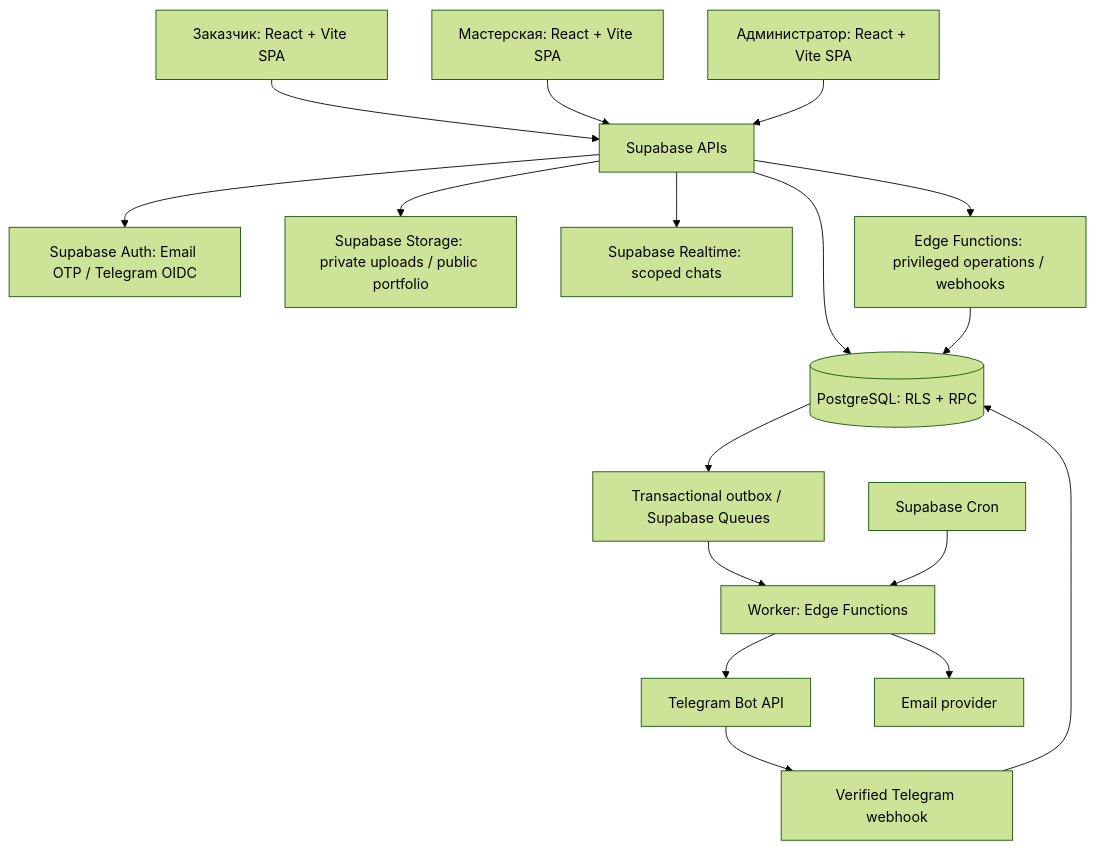
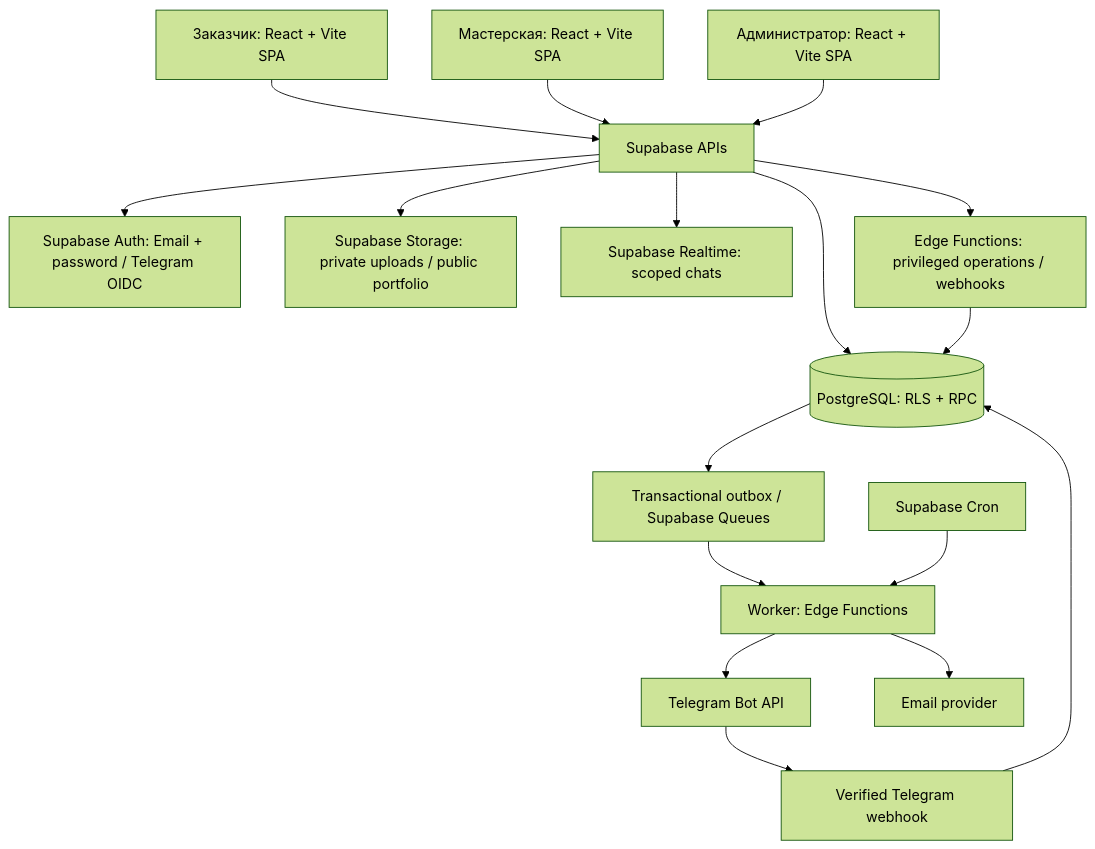
One commit to blannamon/jewelmatch changed the first of 2 diagrams in JEWELMATCH_ARCHITECTURE_1.0.md. Above: the diagram before and after it, drawn with Mermaid (forest theme). The commit also changed other lines of this file and 17 other files, not shown here.

````diff
--- a/JEWELMATCH_ARCHITECTURE_1.0.md
+++ b/JEWELMATCH_ARCHITECTURE_1.0.md
@@ -12,19 +12,19 @@
 ```mermaid
 flowchart TB
   C[Заказчик: React + Vite SPA] --> SB[Supabase APIs]
   W[Мастерская: React + Vite SPA] --> SB
   A[Администратор: React + Vite SPA] --> SB
-  SB --> AUTH[Supabase Auth: Email OTP / Telegram OIDC]
+  SB --> AUTH[Supabase Auth: Email + password / Telegram OIDC]
   SB --> DB[(PostgreSQL: RLS + RPC)]
   SB --> ST[Supabase Storage: private uploads / public portfolio]
   SB --> RT[Supabase Realtime: scoped chats]
   SB --> EF[Edge Functions: privileged operations / webhooks]
   EF --> DB
   DB --> Q[Transactional outbox / Supabase Queues]
   Q --> WK[Worker: Edge Functions]
   WK --> TG[Telegram Bot API]
   WK --> EM[Email provider]
   TG --> WEBHOOK[Verified Telegram webhook]
   WEBHOOK --> DB
   CRON[Supabase Cron] --> WK
 ```
````
